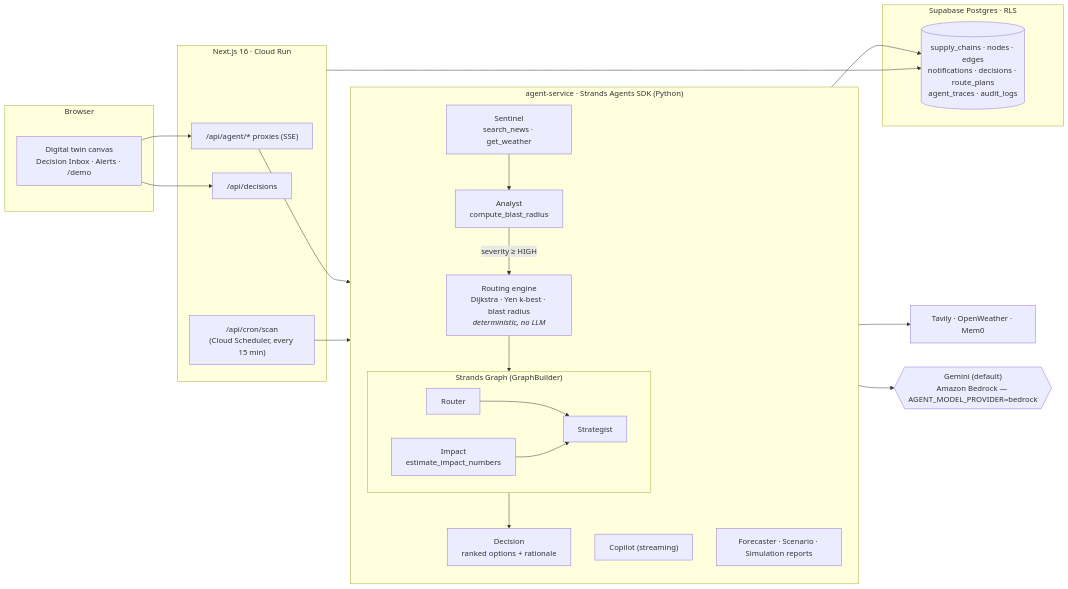
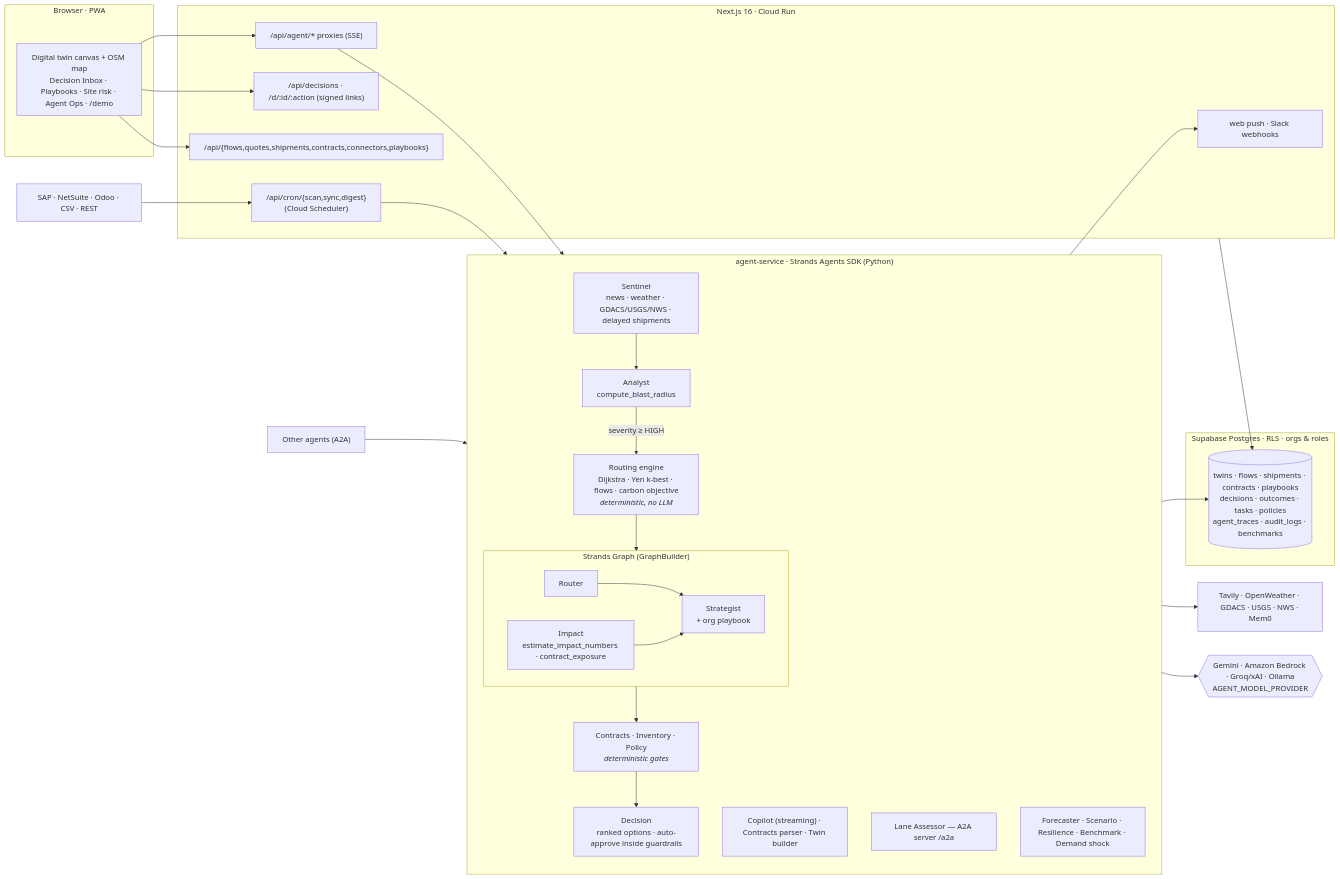
The diagram in docs/architecture.mmd (Prashant-thakur77/SupplyChain-AI), drawn with Mermaid before and after one commit. The commit also changed 1 other file, not shown here.

Commit message:
docs: architecture diagram covers connectors, A2A, hazard feeds, deterministic gates, push

```diff
--- a/docs/architecture.mmd
+++ b/docs/architecture.mmd
@@ -1,40 +1,47 @@
 flowchart LR
-  subgraph Browser["Browser"]
-    UI["Digital twin canvas<br/>Decision Inbox · Alerts · /demo"]
+  subgraph Browser["Browser · PWA"]
+    UI["Digital twin canvas + OSM map<br/>Decision Inbox · Playbooks · Site risk · Agent Ops · /demo"]
   end
 
   subgraph Web["Next.js 16 · Cloud Run"]
     API["/api/agent/* proxies (SSE)"]
-    DEC["/api/decisions"]
-    CRON["/api/cron/scan<br/>(Cloud Scheduler, every 15 min)"]
+    DEC["/api/decisions · /d/:id/:action (signed links)"]
+    DATA["/api/{flows,quotes,shipments,contracts,connectors,playbooks}"]
+    CRON["/api/cron/{scan,sync,digest}<br/>(Cloud Scheduler)"]
+    PUSH["web push · Slack webhooks"]
   end
 
   subgraph Agents["agent-service · Strands Agents SDK (Python)"]
     direction TB
-    S["Sentinel<br/>search_news · get_weather"] --> A["Analyst<br/>compute_blast_radius"]
-    A -->|"severity ≥ HIGH"| RE["Routing engine<br/>Dijkstra · Yen k-best · blast radius<br/><i>deterministic, no LLM</i>"]
+    S["Sentinel<br/>news · weather · GDACS/USGS/NWS · delayed shipments"] --> A["Analyst<br/>compute_blast_radius"]
+    A -->|"severity ≥ HIGH"| RE["Routing engine<br/>Dijkstra · Yen k-best · flows · carbon objective<br/><i>deterministic, no LLM</i>"]
     RE --> G
     subgraph G["Strands Graph (GraphBuilder)"]
       direction LR
-      R["Router"] --> ST["Strategist"]
-      I["Impact<br/>estimate_impact_numbers"] --> ST
+      R["Router"] --> ST["Strategist<br/>+ org playbook"]
+      I["Impact<br/>estimate_impact_numbers · contract_exposure"] --> ST
     end
-    ST --> D["Decision<br/>ranked options + rationale"]
-    C["Copilot (streaming)"]
-    F["Forecaster · Scenario · Simulation reports"]
+    ST --> DET["Contracts · Inventory · Policy<br/><i>deterministic gates</i>"]
+    DET --> D["Decision<br/>ranked options · auto-approve inside guardrails"]
+    C["Copilot (streaming) · Contracts parser · Twin builder"]
+    A2A["Lane Assessor — A2A server /a2a"]
+    F["Forecaster · Scenario · Resilience · Benchmark · Demand shock"]
   end
 
-  subgraph Data["Supabase Postgres · RLS"]
-    T[("supply_chains · nodes · edges<br/>notifications · decisions · route_plans<br/>agent_traces · audit_logs")]
+  subgraph Data["Supabase Postgres · RLS · orgs & roles"]
+    T[("twins · flows · shipments · contracts · playbooks<br/>decisions · outcomes · tasks · policies<br/>agent_traces · audit_logs · benchmarks")]
   end
 
-  EXT["Tavily · OpenWeather · Mem0"]
-  MODEL{{"Gemini (default)<br/>Amazon Bedrock — AGENT_MODEL_PROVIDER=bedrock"}}
+  ERP["SAP · NetSuite · Odoo · CSV · REST"] --> CRON
+  OTHER["Other agents (A2A)"] --> A2A
+  EXT["Tavily · OpenWeather · GDACS · USGS · NWS · Mem0"]
+  MODEL{{"Gemini · Amazon Bedrock · Groq/xAI · Ollama<br/>AGENT_MODEL_PROVIDER"}}
 
-  UI --> API & DEC
+  UI --> API & DEC & DATA
   API --> Agents
   CRON --> Agents
   Agents --> T
   Web --> T
   Agents --> EXT
   Agents --> MODEL
+  D --> PUSH
```
